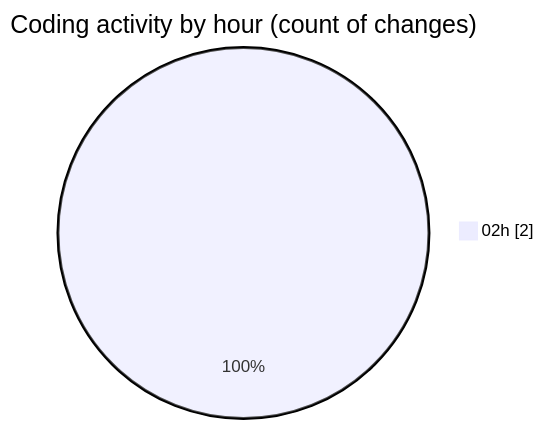
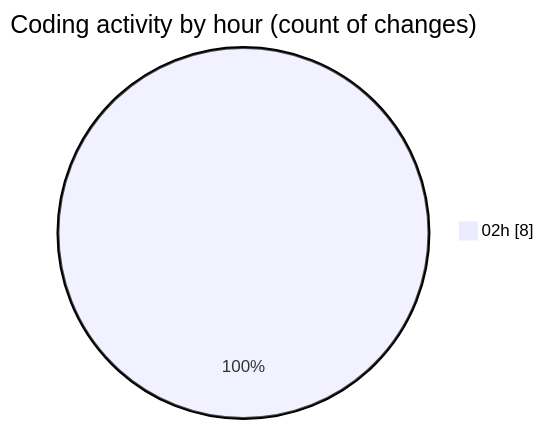
Before and after one commit to lephambinh05/code-tracking: the second of 2 diagrams in 2025-07-23/quanlyrapchieuphim/README.md, drawn with Mermaid. The commit also changed other lines of this file and 1 other file, not shown here.

````diff
--- a/2025-07-23/quanlyrapchieuphim/README.md
+++ b/2025-07-23/quanlyrapchieuphim/README.md
@@ -28,5 +31,5 @@
 ```mermaid
 pie showData
 title Coding activity by hour (count of changes)
-"02h" : 2
+"02h" : 8
 ```
````
